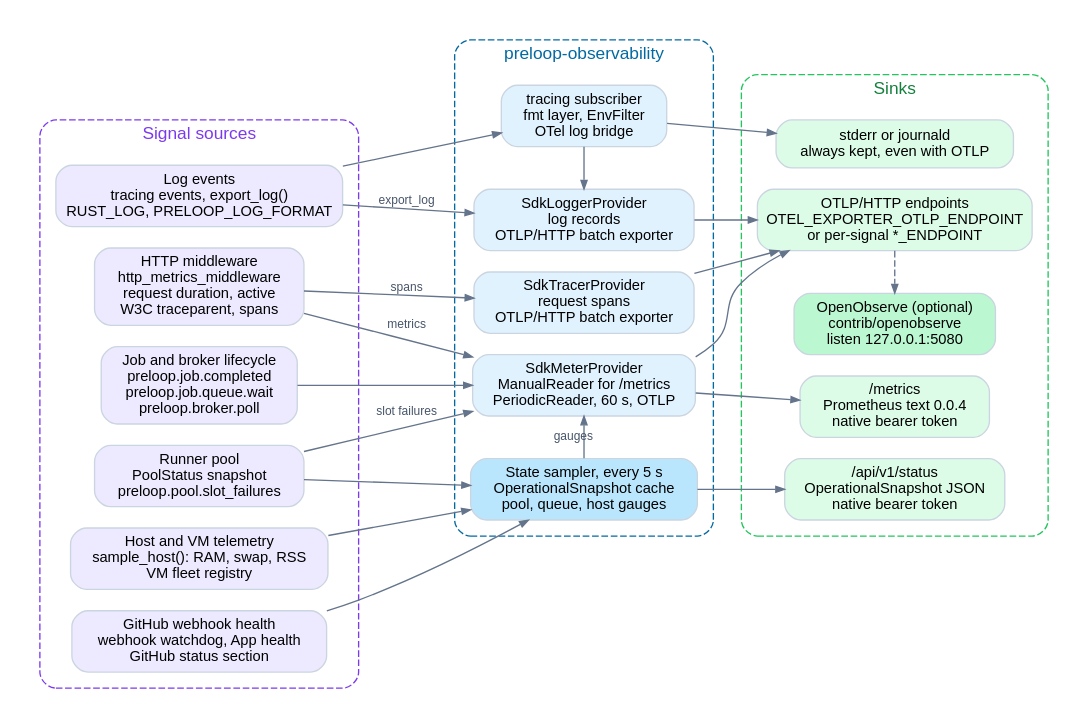
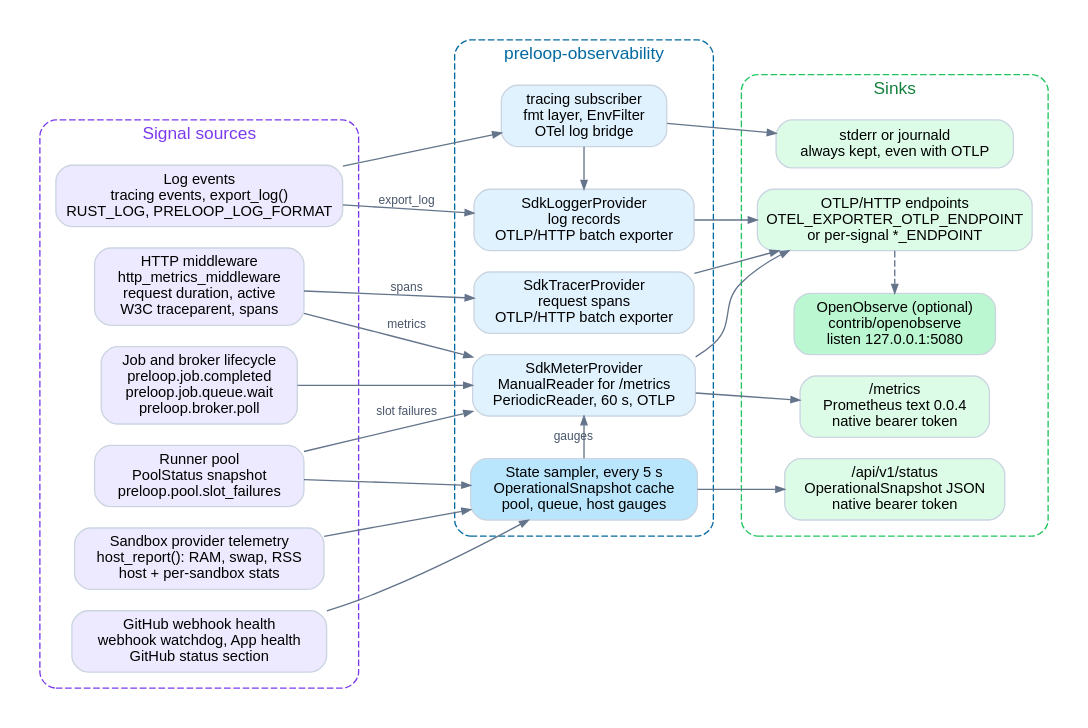
One commit to preloopdev/preloop changed the diagram in docs/diagrams/observability.dot. Above: the diagram before and after it, drawn with Graphviz. The commit also changed 5 other files, not shown here.

Commit message:
docs(sandbox): document service telemetry, heartbeat stats and Stats API

```diff
--- a/docs/diagrams/observability.dot
+++ b/docs/diagrams/observability.dot
@@ -1,59 +1,59 @@
 digraph observability {
   graph [rankdir=LR, bgcolor="white", splines=spline, nodesep=0.22, ranksep=0.6, fontname="Helvetica", newrank=true, pad=0.2];
   node  [shape=box, style="rounded,filled", fontname="Helvetica", fontsize=11, fillcolor="#f8fafc", color="#cbd5e1", margin="0.12,0.07"];
   edge  [color="#64748b", arrowsize=0.65, fontname="Helvetica", fontsize=9, fontcolor="#475569"];
 
   /* ===== signal sources ===== */
   subgraph cluster_src {
     label="Signal sources"; fontsize=13; fontcolor="#7c3aed"; style="rounded,dashed"; color="#7c3aed"; margin=12;
     src_http   [label="HTTP middleware\nhttp_metrics_middleware\nrequest duration, active\nW3C traceparent, spans", fillcolor="#ede9fe"];
     src_jobs   [label="Job and broker lifecycle\npreloop.job.completed\npreloop.job.queue.wait\npreloop.broker.poll", fillcolor="#ede9fe"];
     src_pool   [label="Runner pool\nPoolStatus snapshot\npreloop.pool.slot_failures", fillcolor="#ede9fe"];
-    src_host   [label="Host and VM telemetry\nsample_host(): RAM, swap, RSS\nVM fleet registry", fillcolor="#ede9fe"];
+    src_host   [label="Sandbox provider telemetry\nhost_report(): RAM, swap, RSS\nhost + per-sandbox stats", fillcolor="#ede9fe"];
     src_github [label="GitHub webhook health\nwebhook watchdog, App health\nGitHub status section", fillcolor="#ede9fe"];
     src_logs   [label="Log events\ntracing events, export_log()\nRUST_LOG, PRELOOP_LOG_FORMAT", fillcolor="#ede9fe"];
   }
 
   /* ===== collection ===== */
   subgraph cluster_coll {
     label="preloop-observability"; fontsize=13; fontcolor="#0369a1"; style="rounded,dashed"; color="#0369a1"; margin=12;
     tracing [label="tracing subscriber\nfmt layer, EnvFilter\nOTel log bridge", fillcolor="#e0f2fe"];
     tracer  [label="SdkTracerProvider\nrequest spans\nOTLP/HTTP batch exporter", fillcolor="#e0f2fe"];
     logger  [label="SdkLoggerProvider\nlog records\nOTLP/HTTP batch exporter", fillcolor="#e0f2fe"];
     meter   [label="SdkMeterProvider\nManualReader for /metrics\nPeriodicReader, 60 s, OTLP", fillcolor="#e0f2fe"];
     sampler [label="State sampler, every 5 s\nOperationalSnapshot cache\npool, queue, host gauges", fillcolor="#bae6fd"];
     { rank=same; tracing; tracer; logger; meter; sampler; }
   }
 
   /* ===== sinks ===== */
   subgraph cluster_sink {
     label="Sinks"; fontsize=13; fontcolor="#15803d"; style="rounded,dashed"; color="#22c55e"; margin=12;
     prom   [label="/metrics\nPrometheus text 0.0.4\nnative bearer token", fillcolor="#dcfce7"];
     status [label="/api/v1/status\nOperationalSnapshot JSON\nnative bearer token", fillcolor="#dcfce7"];
     otlp   [label="OTLP/HTTP endpoints\nOTEL_EXPORTER_OTLP_ENDPOINT\nor per-signal *_ENDPOINT", fillcolor="#dcfce7"];
     o2     [label="OpenObserve (optional)\ncontrib/openobserve\nlisten 127.0.0.1:5080", fillcolor="#bbf7d0"];
     stderr [label="stderr or journald\nalways kept, even with OTLP", fillcolor="#dcfce7"];
     { rank=same; prom; status; otlp; o2; stderr; }
   }
 
   src_http   -> meter  [label="metrics"];
   src_http   -> tracer [label="spans"];
   src_jobs   -> meter;
   src_pool   -> sampler;
   src_pool   -> meter  [label="slot failures"];
   src_host   -> sampler;
   src_github -> sampler;
   src_logs   -> tracing;
   src_logs   -> logger [label="export_log"];
 
   tracing -> logger;
   tracing -> stderr;
   sampler -> meter   [constraint=false, label="gauges"];
   sampler -> status;
 
   meter  -> prom;
   meter  -> otlp;
   tracer -> otlp;
   logger -> otlp;
   otlp   -> o2 [style=dashed, constraint=false];
 }
```
